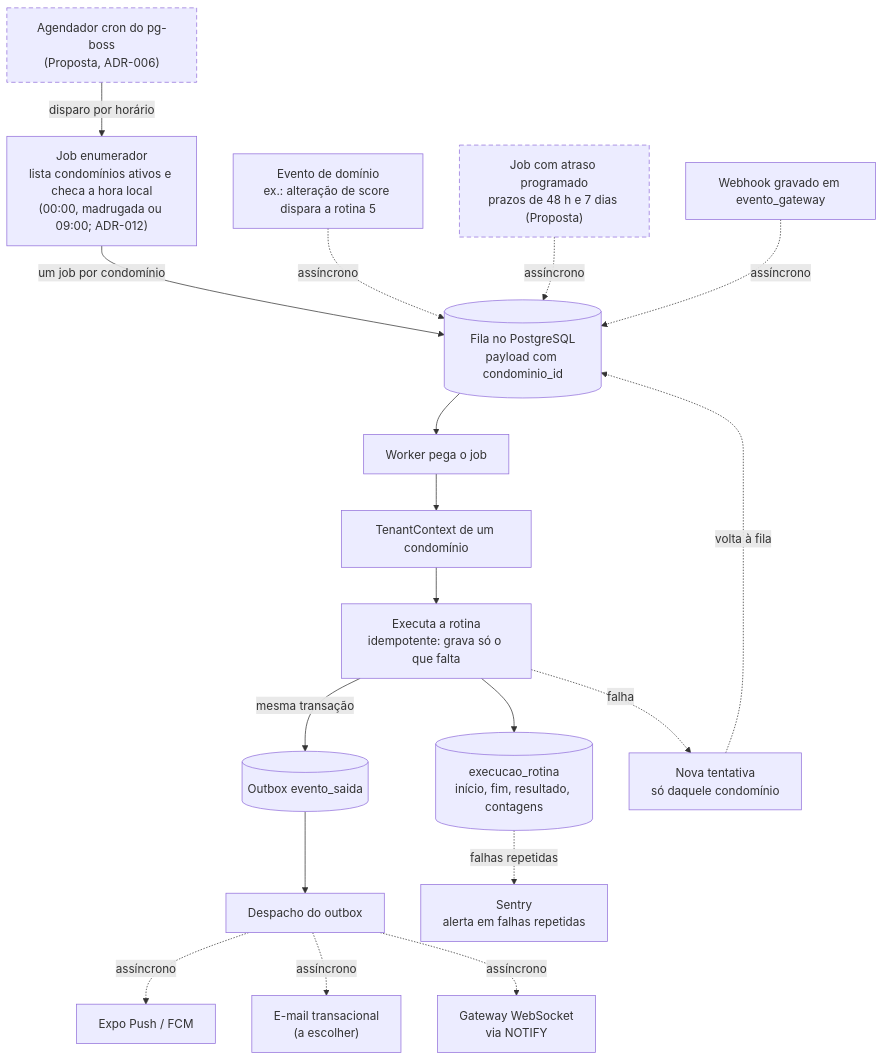
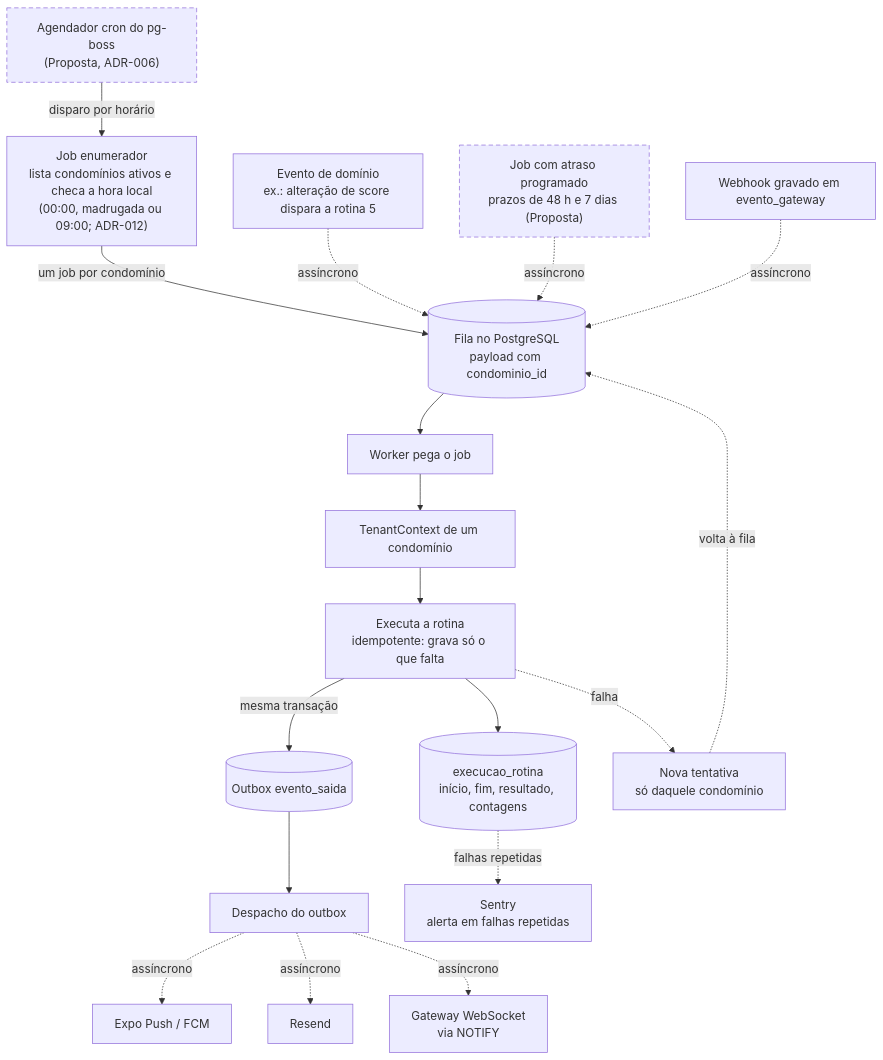
Before and after one commit to pedrolems/CondomiFacil: diagram 12 of 12 in docs/03-arquitetura/02-diagramas-de-arquitetura.md, drawn with Mermaid. The commit also changed other lines of this file and 33 other files, not shown here.

````diff
--- a/docs/03-arquitetura/02-diagramas-de-arquitetura.md
+++ b/docs/03-arquitetura/02-diagramas-de-arquitetura.md
@@ -758,39 +758,39 @@
 ```mermaid
 flowchart TB
     CRON["Agendador cron do pg-boss<br/>(Proposta, ADR-006)"]
     EVENTO["Evento de domínio<br/>ex.: alteração de score dispara a rotina 5"]
     ATRASO["Job com atraso programado<br/>prazos de 48 h e 7 dias (Proposta)"]
     WEBHOOK["Webhook gravado em evento_gateway"]
     ENUM["Job enumerador<br/>lista condomínios ativos e checa a hora local<br/>(00:00, madrugada ou 09:00; ADR-012)"]
     FILA[("Fila no PostgreSQL<br/>payload com condominio_id")]
     PEGA["Worker pega o job"]
     TCTX["TenantContext de um condomínio"]
     EXEC["Executa a rotina<br/>idempotente: grava só o que falta"]
     REG[("execucao_rotina<br/>início, fim, resultado, contagens")]
     OUT[("Outbox evento_saida")]
     DESP["Despacho do outbox"]
     PUSH["Expo Push / FCM"]
-    MAIL["E-mail transacional<br/>(a escolher)"]
+    MAIL["Resend"]
     WS["Gateway WebSocket<br/>via NOTIFY"]
     REPETE["Nova tentativa<br/>só daquele condomínio"]
     SENTRY["Sentry<br/>alerta em falhas repetidas"]
 
     CRON -->|"disparo por horário"| ENUM
     ENUM -->|"um job por condomínio"| FILA
     EVENTO -.->|"assíncrono"| FILA
     ATRASO -.->|"assíncrono"| FILA
     WEBHOOK -.->|"assíncrono"| FILA
     FILA --> PEGA --> TCTX --> EXEC
     EXEC --> REG
     EXEC -->|"mesma transação"| OUT
     OUT --> DESP
     DESP -.->|"assíncrono"| PUSH
     DESP -.->|"assíncrono"| MAIL
     DESP -.->|"assíncrono"| WS
     EXEC -.->|"falha"| REPETE
     REPETE -.->|"volta à fila"| FILA
     REG -.->|"falhas repetidas"| SENTRY
 
     classDef proposta stroke-dasharray: 6 4
     class CRON,ATRASO proposta
 ```
````
